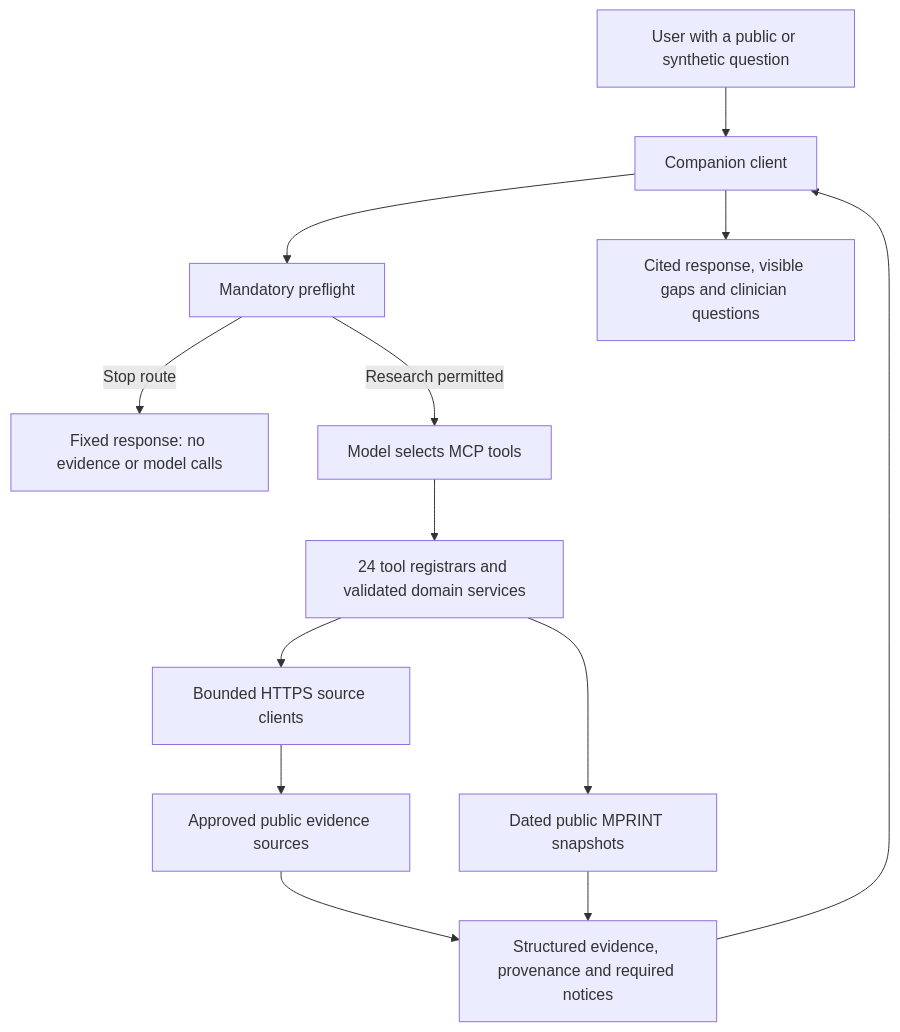
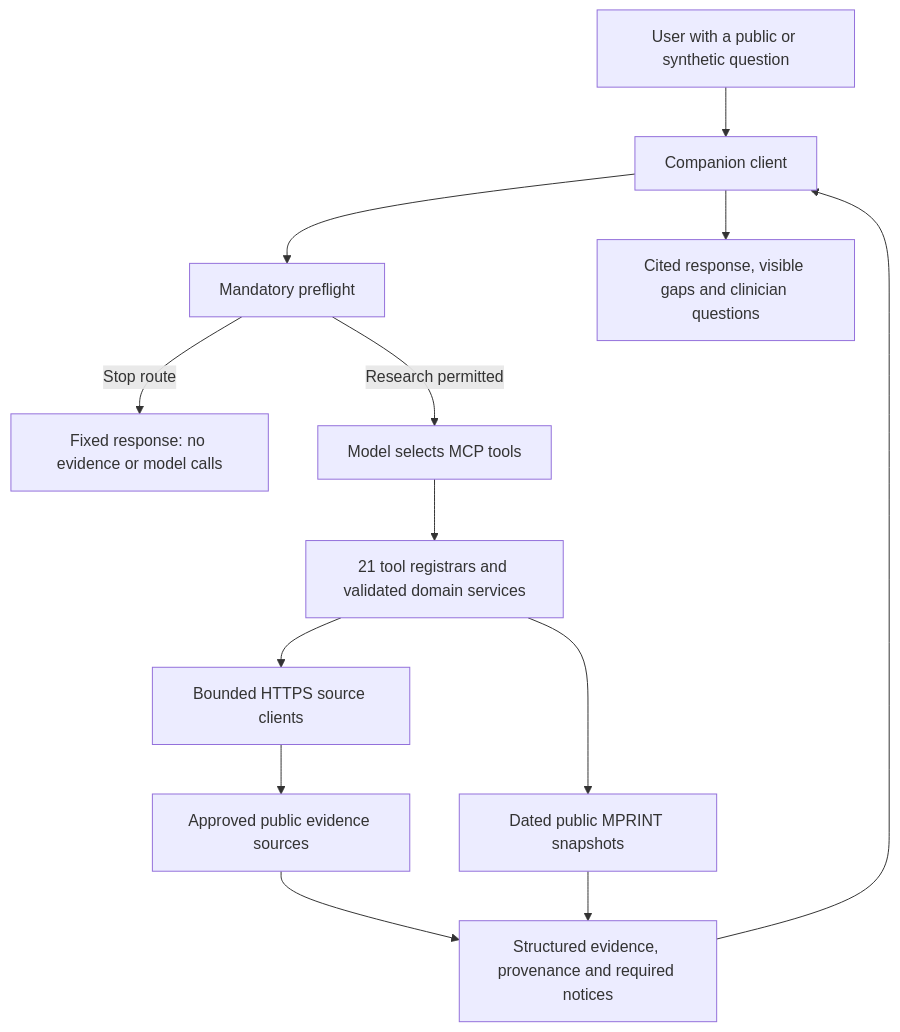
One commit to gpiat333/Parent-Child-Pharmacology-MCP changed the diagram in README.md. Above: the diagram before and after it, drawn with Mermaid. The commit also changed other lines of this file and 52 other files, not shown here.

````diff
--- a/README.md
+++ b/README.md
@@ -124,15 +124,15 @@
 ```mermaid
 flowchart TD
     U[User with a public or synthetic question] --> C[Companion client]
     C --> P[Mandatory preflight]
     P -->|Stop route| F[Fixed response: no evidence or model calls]
     P -->|Research permitted| M[Model selects MCP tools]
-    M --> T[24 tool registrars and validated domain services]
+    M --> T[21 tool registrars and validated domain services]
     T --> H[Bounded HTTPS source clients]
     T --> S[Dated public MPRINT snapshots]
     H --> A[Approved public evidence sources]
     A --> E[Structured evidence, provenance and required notices]
     S --> E
     E --> C
     C --> O[Cited response, visible gaps and clinician questions]
 ```
````
